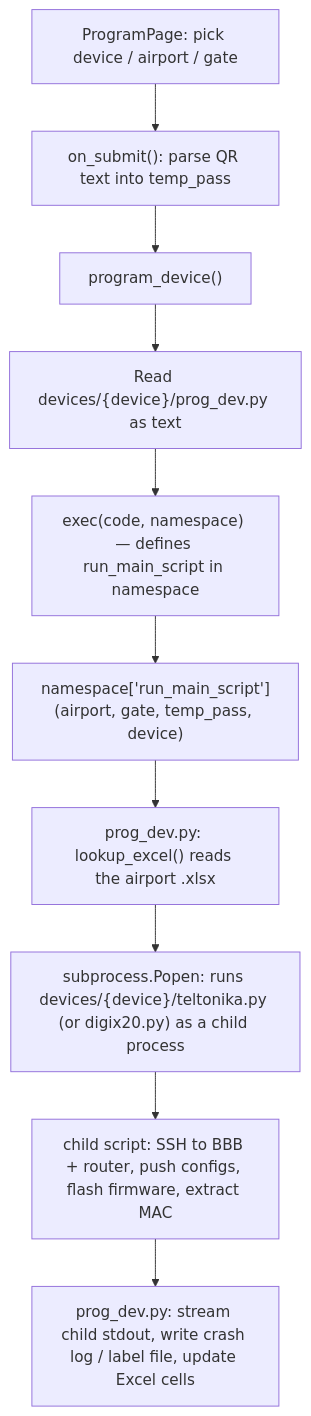
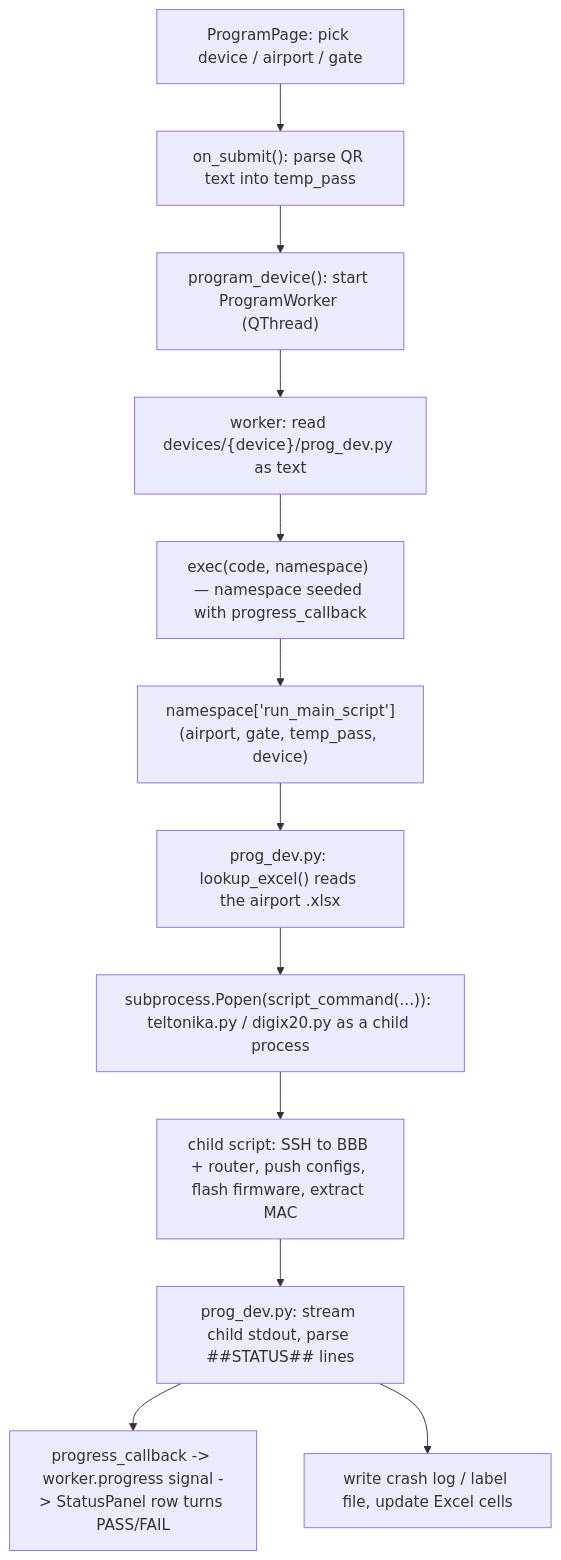
The fourth of 5 diagrams in documentation/WORKFLOW.md (nlehnhof/ProgrammingWorkstation), drawn with Mermaid before and after one commit. The commit also changed other lines of this file and 1 other file, not shown here.

First line of the commit message:
Update WORKFLOW.md and CODE_EXPLAIN.md for ccd15af

````diff
--- a/documentation/WORKFLOW.md
+++ b/documentation/WORKFLOW.md
@@ -62,12 +76,14 @@
 ```mermaid
 flowchart TD
     P1["ProgramPage: pick device / airport / gate"] --> P2["on_submit(): parse QR text into temp_pass"]
-    P2 --> P3["program_device()"]
-    P3 --> R["Read devices/{device}/prog_dev.py as text"]
-    R --> E["exec(code, namespace) — defines run_main_script in namespace"]
+    P2 --> P3["program_device(): start ProgramWorker (QThread)"]
+    P3 --> R["worker: read devices/{device}/prog_dev.py as text"]
+    R --> E["exec(code, namespace) — namespace seeded with progress_callback"]
     E --> F["namespace['run_main_script'](airport, gate, temp_pass, device)"]
     F --> G["prog_dev.py: lookup_excel() reads the airport .xlsx"]
-    G --> H["subprocess.Popen: runs devices/{device}/teltonika.py (or digix20.py) as a child process"]
+    G --> H["subprocess.Popen(script_command(...)): teltonika.py / digix20.py as a child process"]
     H --> I["child script: SSH to BBB + router, push configs, flash firmware, extract MAC"]
-    I --> J["prog_dev.py: stream child stdout, write crash log / label file, update Excel cells"]
+    I --> J["prog_dev.py: stream child stdout, parse ##STATUS## lines"]
+    J --> K["progress_callback -> worker.progress signal -> StatusPanel row turns PASS/FAIL"]
+    J --> L["write crash log / label file, update Excel cells"]
 ```
````
